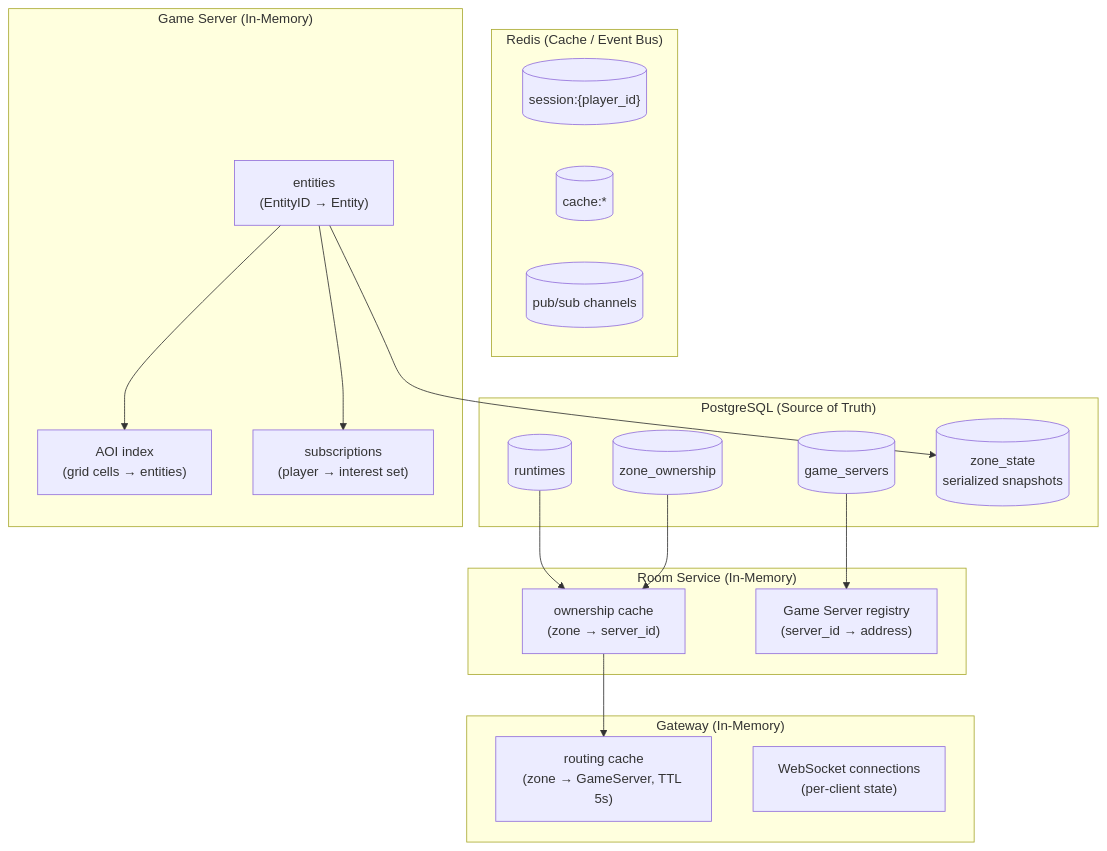
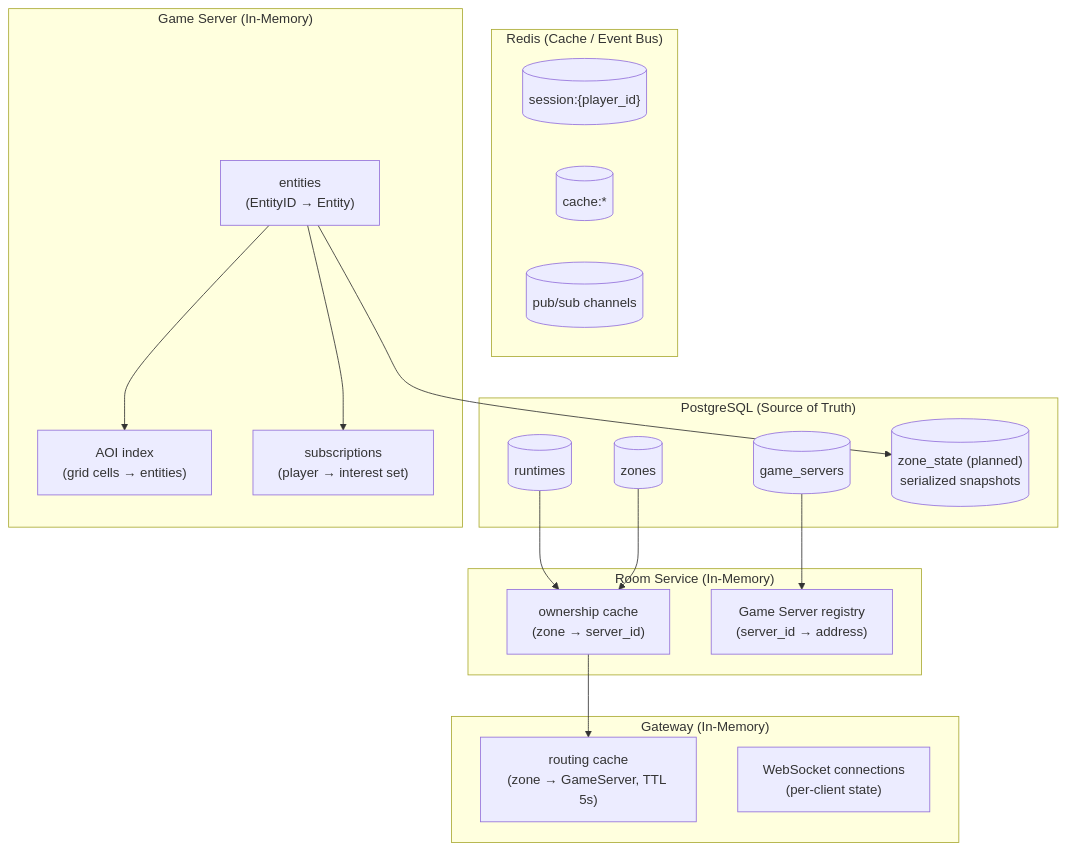
The diagram in docs/architecture/data-model.md (thaolaptrinh/spatial-server), drawn with Mermaid before and after one commit. The commit also changed other lines of this file and 46 other files, not shown here.

First line of the commit message:
docs: comprehensive audit fix — ports, config, JWT, ADR contradictions, repo structure, security, roadmap, CI

````diff
--- a/docs/architecture/data-model.md
+++ b/docs/architecture/data-model.md
@@ -11,40 +11,40 @@
 ```mermaid
 graph TB
   subgraph PostgreSQL["PostgreSQL (Source of Truth)"]
     R[("runtimes")]
-    Z[("zone_ownership")]
+    Z[("zones")]
     GS_DB[("game_servers")]
-    ZS[("zone_state <br/> serialized snapshots")]
+    ZS[("zone_state (planned)<br/> serialized snapshots")]
   end
 
   subgraph Redis["Redis (Cache / Event Bus)"]
     SC[("session:{player_id}")]
     MC[("cache:*")]
     PB[("pub/sub channels")]
   end
 
   subgraph GameServerMem["Game Server (In-Memory)"]
     ENT["entities<br/>(EntityID → Entity)"]
     AOI["AOI index<br/>(grid cells → entities)"]
     SUB["subscriptions<br/>(player → interest set)"]
   end
 
   subgraph GatewayMem["Gateway (In-Memory)"]
     RT["routing cache<br/>(zone → GameServer, TTL 5s)"]
     WS["WebSocket connections<br/>(per-client state)"]
   end
 
   subgraph RoomServiceMem["Room Service (In-Memory)"]
     OWN["ownership cache<br/>(zone → server_id)"]
     REG["Game Server registry<br/>(server_id → address)"]
   end
 
   R --> OWN
   Z --> OWN
   GS_DB --> REG
   OWN --> RT
 
   ENT --> ZS
   ENT --> AOI
   ENT --> SUB
 ```
````
